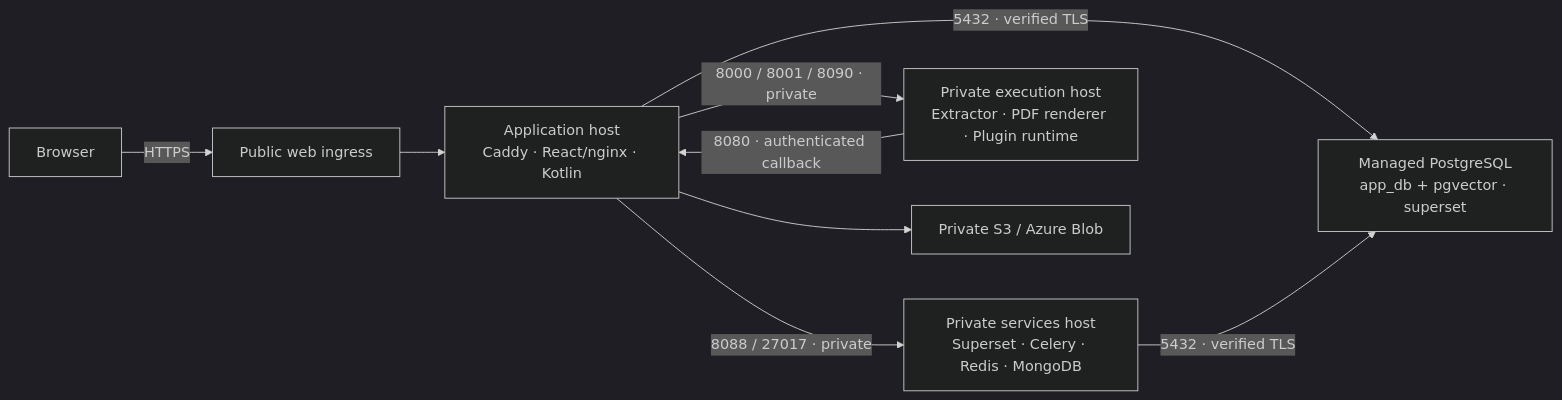
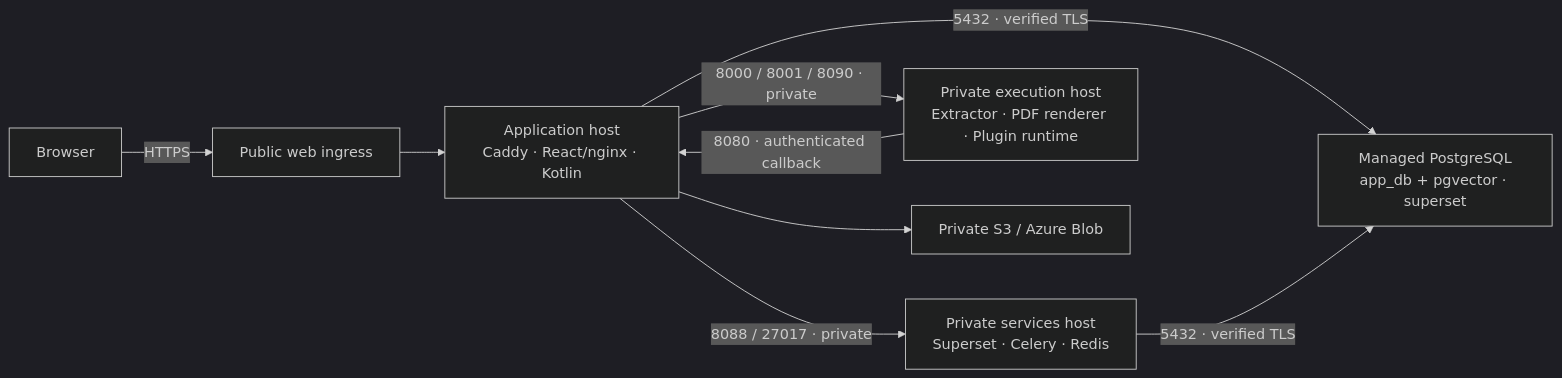
Before and after one commit to GrahamCHill/Meshable-Ops: the diagram in docs/terraform-deployment.md, drawn with Mermaid (dark theme). The commit also changed other lines of this file and 62 other files, not shown here.

````diff
--- a/docs/terraform-deployment.md
+++ b/docs/terraform-deployment.md
@@ -17,11 +17,11 @@
 ```mermaid
 flowchart LR
     browser["Browser"] -->|HTTPS| ingress["Public web ingress"]
     ingress --> app["Application host<br/>Caddy · React/nginx · Kotlin"]
     app -->|5432 · verified TLS| sql["Managed PostgreSQL<br/>app_db + pgvector · superset"]
-    app -->|8088 / 27017 · private| services["Private services host<br/>Superset · Celery · Redis · MongoDB"]
+    app -->|8088 / 27017 · private| services["Private services host<br/>Superset · Celery · Redis"]
     services -->|5432 · verified TLS| sql
     app -->|8000 / 8001 / 8090 · private| runtime["Private execution host<br/>Extractor · PDF renderer · Plugin runtime"]
     runtime -->|8080 · authenticated callback| app
     app --> objects["Private S3 / Azure Blob"]
 ```
````
